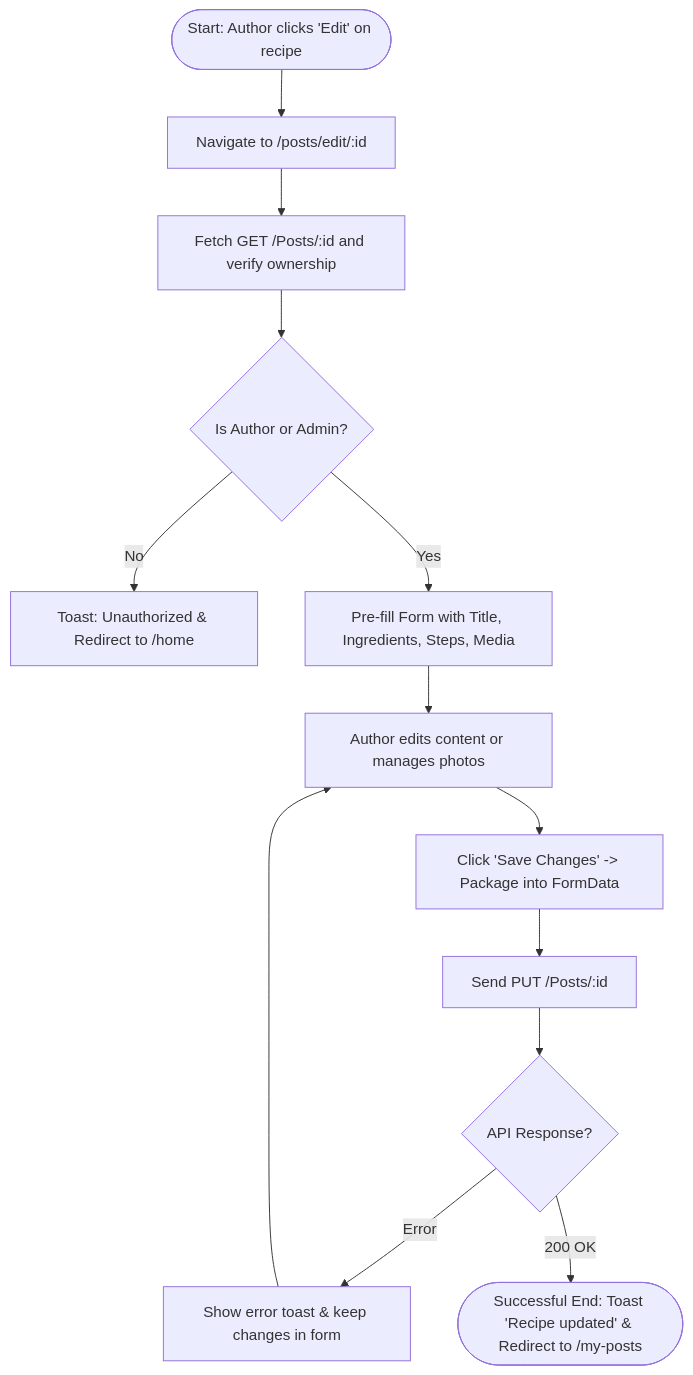
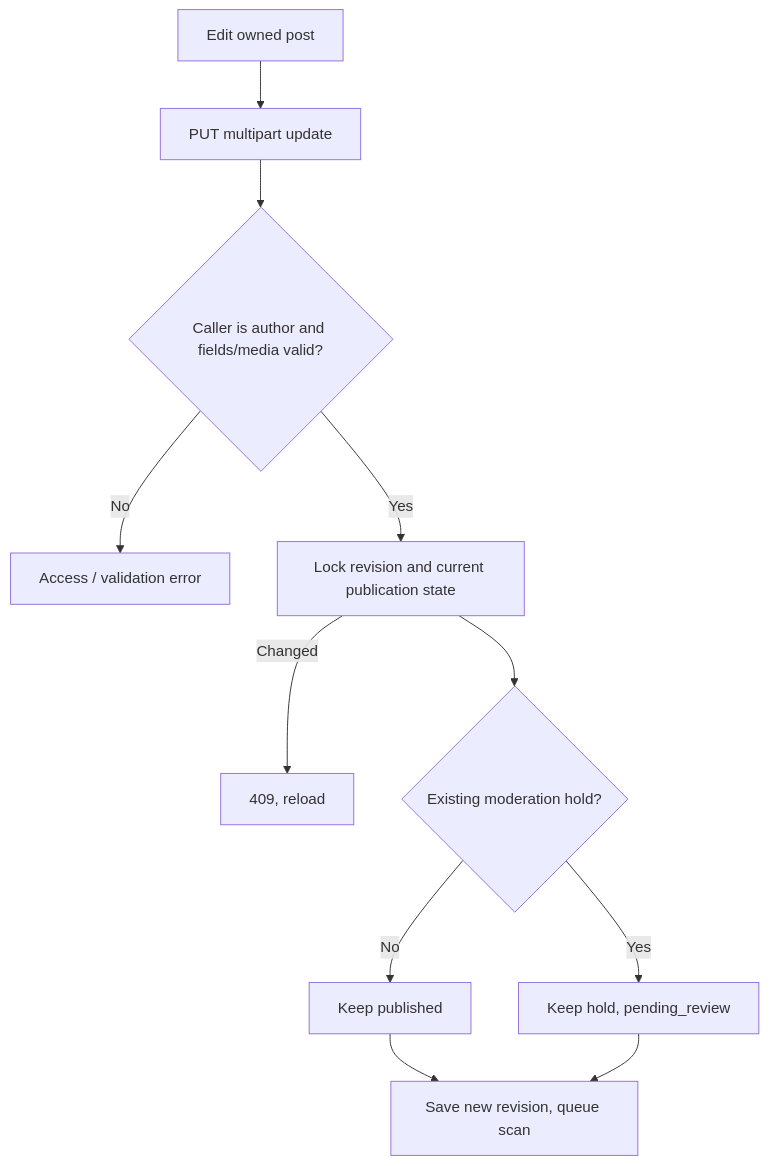
Diagram 15 of 56 in Design.MD (NguyenQuocTrong-bonmat/frontend-VeganHelperSystem), drawn with Mermaid before and after one commit. The commit also changed other lines of this file, not shown here.

Commit message:
docs: align design diagrams with current workflows

````diff
--- a/Design.MD
+++ b/Design.MD
@@ -1499,14 +639,13 @@
 ```mermaid
 flowchart TD
-    A([Start: Author clicks 'Edit' on recipe]) --> B[Navigate to /posts/edit/:id]
-    B --> C[Fetch GET /Posts/:id and verify ownership]
-    C --> D{Is Author or Admin?}
-    D -->|No| E[Toast: Unauthorized & Redirect to /home]
-    D -->|Yes| F[Pre-fill Form with Title, Ingredients, Steps, Media]
-    F --> G[Author edits content or manages photos]
-    G --> H[Click 'Save Changes' -> Package into FormData]
-    H --> I[Send PUT /Posts/:id]
-    I --> J{API Response?}
-    J -->|Error| K[Show error toast & keep changes in form] --> G
-    J -->|200 OK| L([Successful End: Toast 'Recipe updated' & Redirect to /my-posts])
+    A["Edit owned post"] --> B["PUT multipart update"]
+    B --> C{"Caller is author and fields/media valid?"}
+    C -->|No| D["Access / validation error"]
+    C -->|Yes| E["Lock revision and current publication state"]
+    E -->|Changed| F["409, reload"]
+    E --> G{"Existing moderation hold?"}
+    G -->|No| H["Keep published"]
+    G -->|Yes| I["Keep hold, pending_review"]
+    H --> J["Save new revision, queue scan"]
+    I --> J
 ```
````
